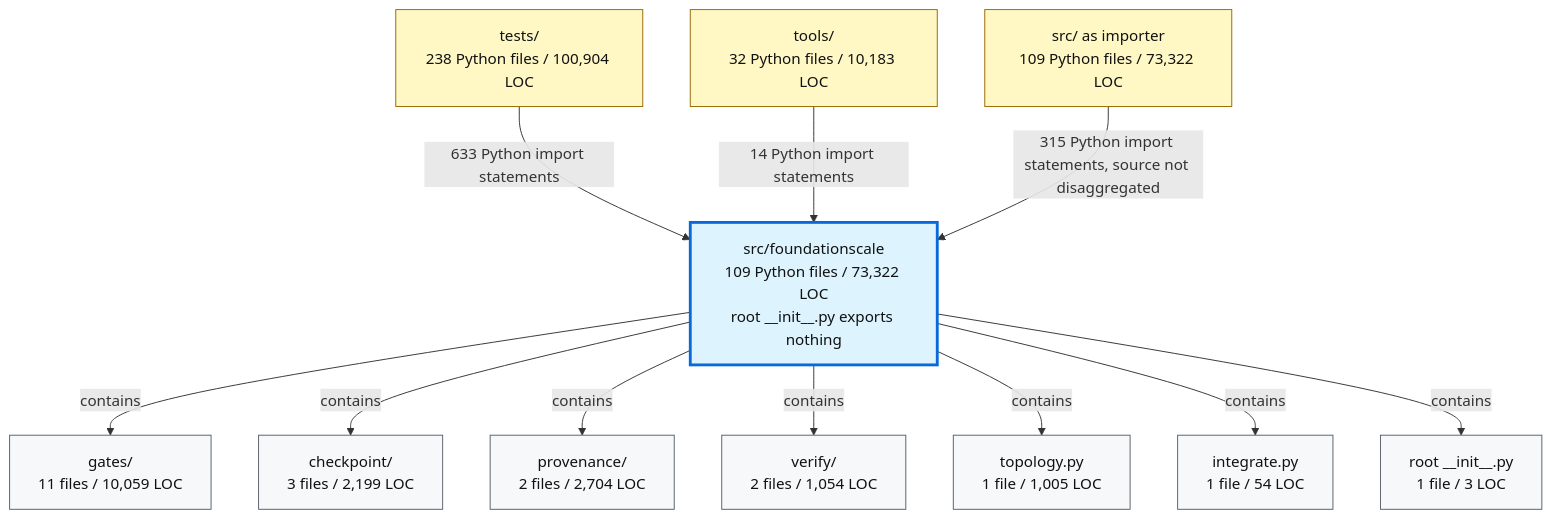
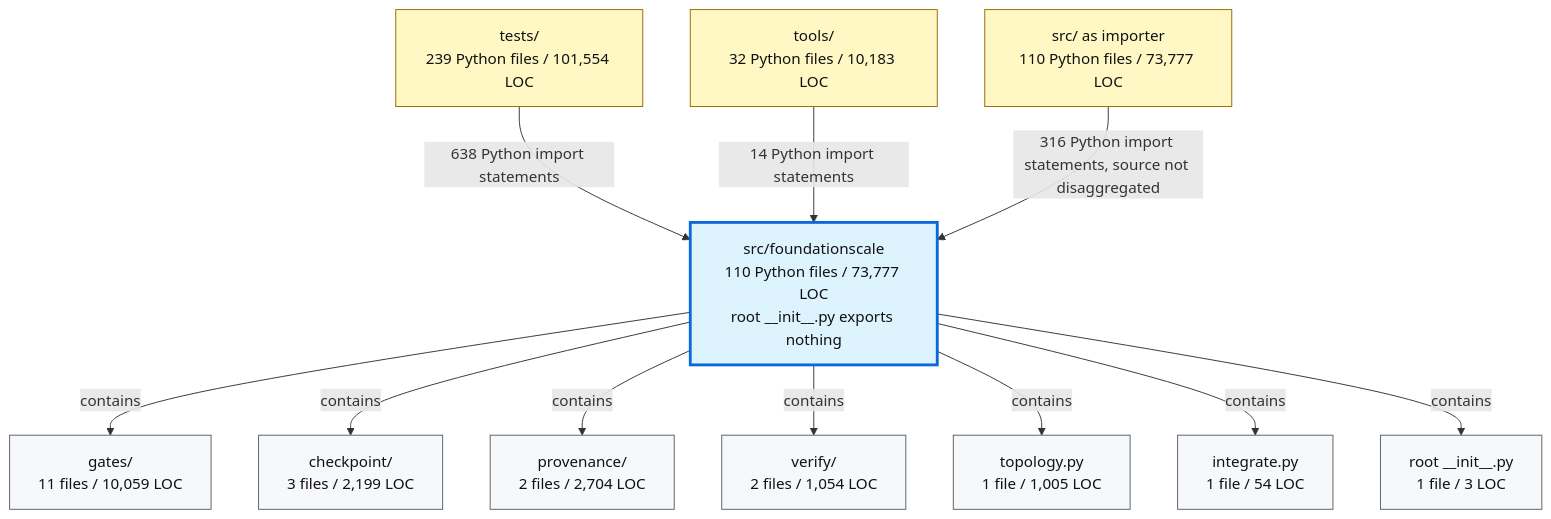
Before and after one commit to TranNhiem/FoundationScale: the second of 2 diagrams in docs/review/D2_current_architecture.md, drawn with Mermaid. The commit also changed other lines of this file and 22 other files, not shown here.

````diff
--- a/docs/review/D2_current_architecture.md
+++ b/docs/review/D2_current_architecture.md
@@ -97,36 +97,36 @@
 ```mermaid
 flowchart TB
-  TESTS["tests/<br/>238 Python files / 100,904 LOC"]
+  TESTS["tests/<br/>239 Python files / 101,554 LOC"]
   TOOLS["tools/<br/>32 Python files / 10,183 LOC"]
-  SRC["src/ as importer<br/>109 Python files / 73,322 LOC"]
+  SRC["src/ as importer<br/>110 Python files / 73,777 LOC"]
 
-  FS["src/foundationscale<br/>109 Python files / 73,322 LOC<br/>root __init__.py exports nothing"]
+  FS["src/foundationscale<br/>110 Python files / 73,777 LOC<br/>root __init__.py exports nothing"]
 
   GATES["gates/<br/>11 files / 10,059 LOC"]
   CKPT["checkpoint/<br/>3 files / 2,199 LOC"]
   PROV["provenance/<br/>2 files / 2,704 LOC"]
   VERIFY["verify/<br/>2 files / 1,054 LOC"]
   TOPO["topology.py<br/>1 file / 1,005 LOC"]
   INTEG["integrate.py<br/>1 file / 54 LOC"]
   ROOT["root __init__.py<br/>1 file / 3 LOC"]
 
-  TESTS -->|"633 Python import statements"| FS
+  TESTS -->|"638 Python import statements"| FS
   TOOLS -->|"14 Python import statements"| FS
-  SRC -->|"315 Python import statements, source not disaggregated"| FS
+  SRC -->|"316 Python import statements, source not disaggregated"| FS
 
   FS -->|"contains"| GATES
   FS -->|"contains"| CKPT
   FS -->|"contains"| PROV
   FS -->|"contains"| VERIFY
   FS -->|"contains"| TOPO
   FS -->|"contains"| INTEG
   FS -->|"contains"| ROOT
 
   classDef consumer fill:#fff8c5,stroke:#9a6700,color:#111;
   classDef package fill:#ddf4ff,stroke:#0969da,stroke-width:3px,color:#111;
   classDef module fill:#f6f8fa,stroke:#57606a,color:#111;
 
   class TESTS,TOOLS,SRC consumer;
   class FS package;
   class GATES,CKPT,PROV,VERIFY,TOPO,INTEG,ROOT module;
 ```
````
